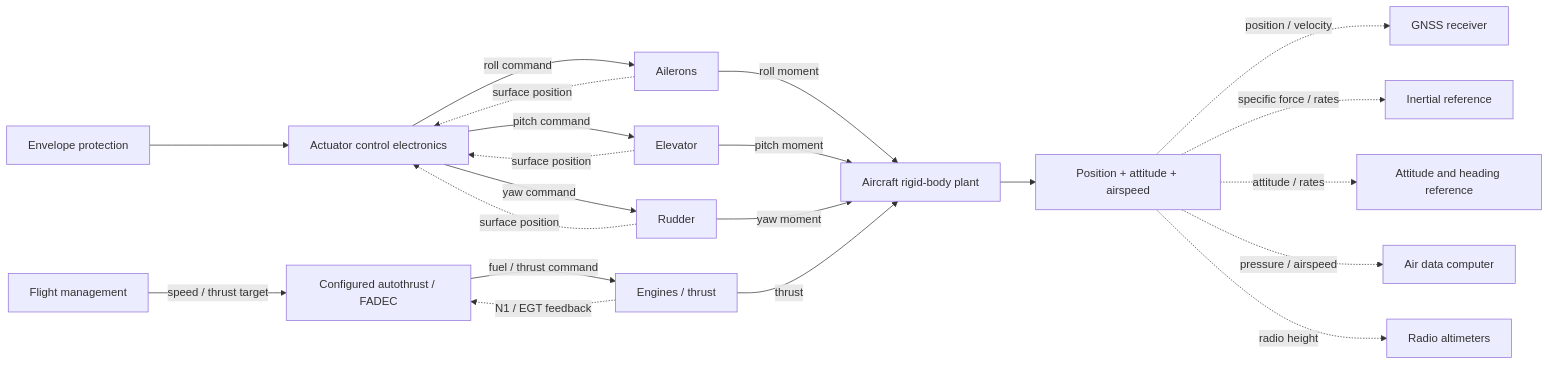
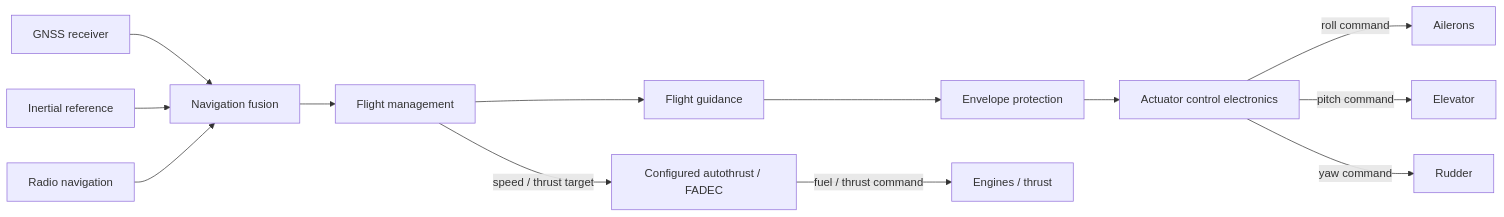
One commit to FHNW-Security-Lab/mcs-analyser changed the second of 2 diagrams in docs/ARCHITECTURE.md. Above: the diagram before and after it, drawn with Mermaid. The commit also changed other lines of this file and 6 other files, not shown here.

Commit message:
Simplify MCA graph to terminal physical actors

````diff
--- a/docs/ARCHITECTURE.md
+++ b/docs/ARCHITECTURE.md
@@ -200,26 +200,17 @@
 ```mermaid
 flowchart LR
-    FMS[Flight management] -->|speed / thrust target| FADEC[Configured autothrust / FADEC]
+    GPS[GNSS receiver] --> FUS[Navigation fusion]
+    INS[Inertial reference] --> FUS
+    RADIO[Radio navigation] --> FUS
+    FUS --> FMS[Flight management]
+    FMS --> FG[Flight guidance]
+    FG --> ENV[Envelope protection]
+
+    FMS -->|speed / thrust target| FADEC[Configured autothrust / FADEC]
     FADEC -->|fuel / thrust command| ENG[Engines / thrust]
-    ENG -.->|N1 / EGT feedback| FADEC
 
-    ENV[Envelope protection] --> ACE[Actuator control electronics]
+    ENV --> ACE[Actuator control electronics]
     ACE -->|roll command| AIL[Ailerons]
     ACE -->|pitch command| ELE[Elevator]
     ACE -->|yaw command| RUD[Rudder]
-    AIL -.->|surface position| ACE
-    ELE -.->|surface position| ACE
-    RUD -.->|surface position| ACE
-
-    AIL -->|roll moment| PLANT[Aircraft rigid-body plant]
-    ELE -->|pitch moment| PLANT
-    RUD -->|yaw moment| PLANT
-    ENG -->|thrust| PLANT
-    PLANT --> STATE[Position + attitude + airspeed]
-
-    STATE -.->|position / velocity| GNSS[GNSS receiver]
-    STATE -.->|specific force / rates| IRS[Inertial reference]
-    STATE -.->|attitude / rates| AHRS[Attitude and heading reference]
-    STATE -.->|pressure / airspeed| ADC[Air data computer]
-    STATE -.->|radio height| RA[Radio altimeters]
 ```
````
